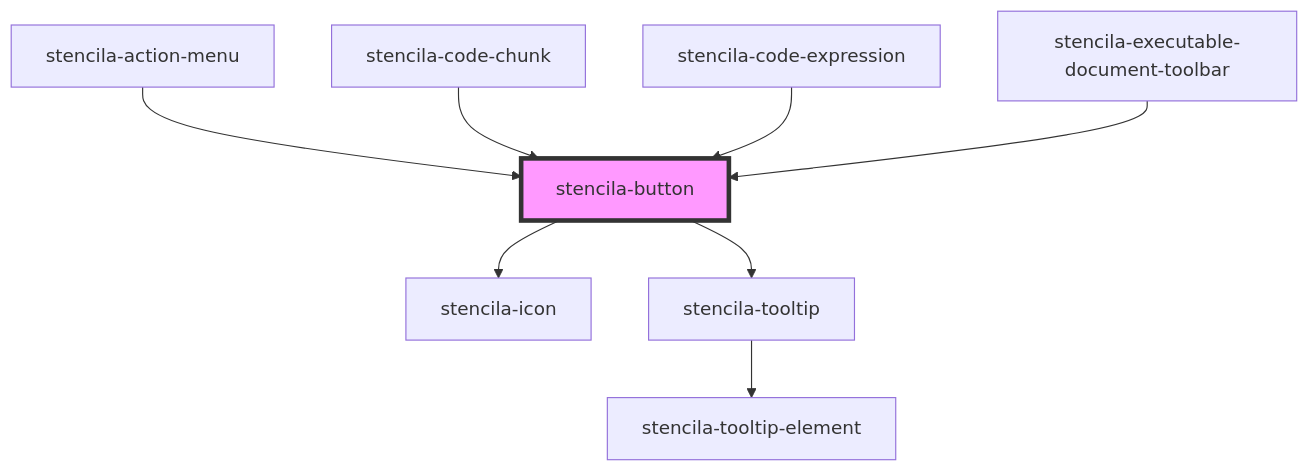
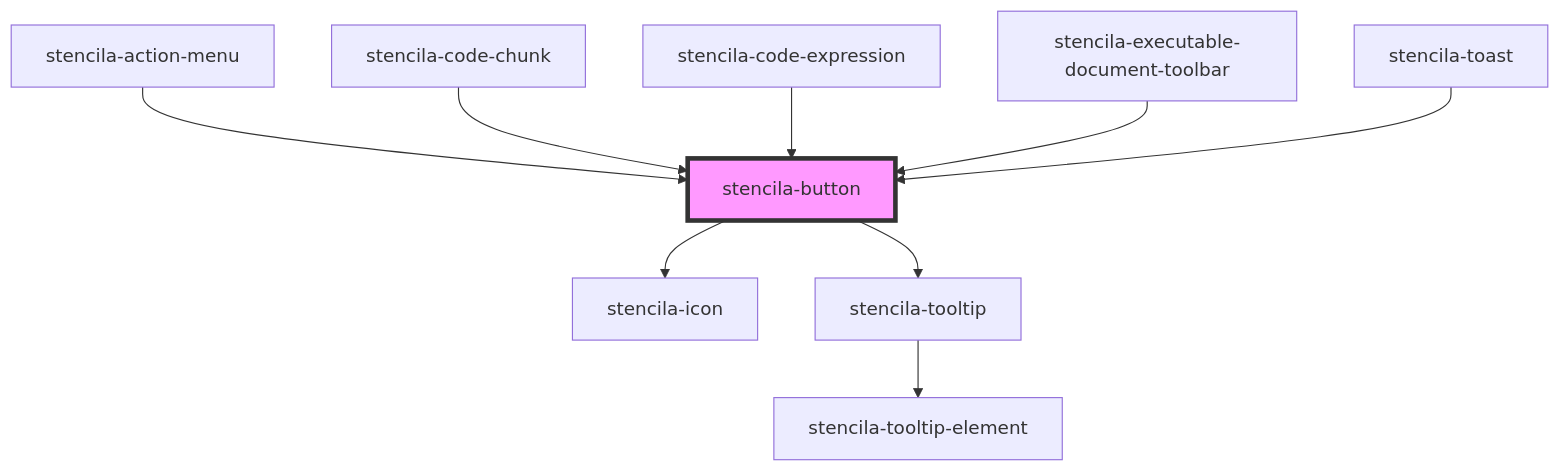
The diagram in packages/components/src/components/button/readme.md (stencila/designa), drawn with Mermaid before and after one commit. The commit also changed other lines of this file and 8 other files, not shown here.

````diff
--- a/packages/components/src/components/button/readme.md
+++ b/packages/components/src/components/button/readme.md
@@ -43,11 +44,12 @@
 ```mermaid
 graph TD;
   stencila-button --> stencila-icon
   stencila-button --> stencila-tooltip
   stencila-tooltip --> stencila-tooltip-element
   stencila-action-menu --> stencila-button
   stencila-code-chunk --> stencila-button
   stencila-code-expression --> stencila-button
   stencila-executable-document-toolbar --> stencila-button
+  stencila-toast --> stencila-button
   style stencila-button fill:#f9f,stroke:#333,stroke-width:4px
 ```
````
